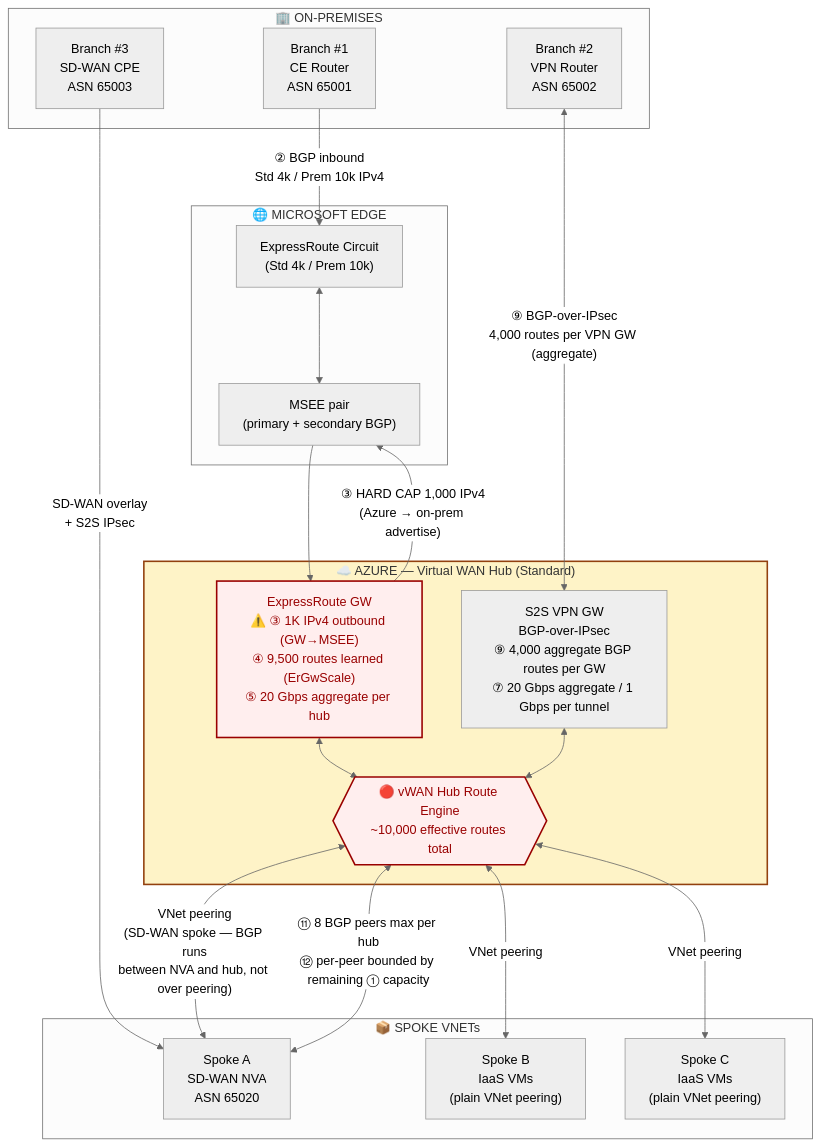
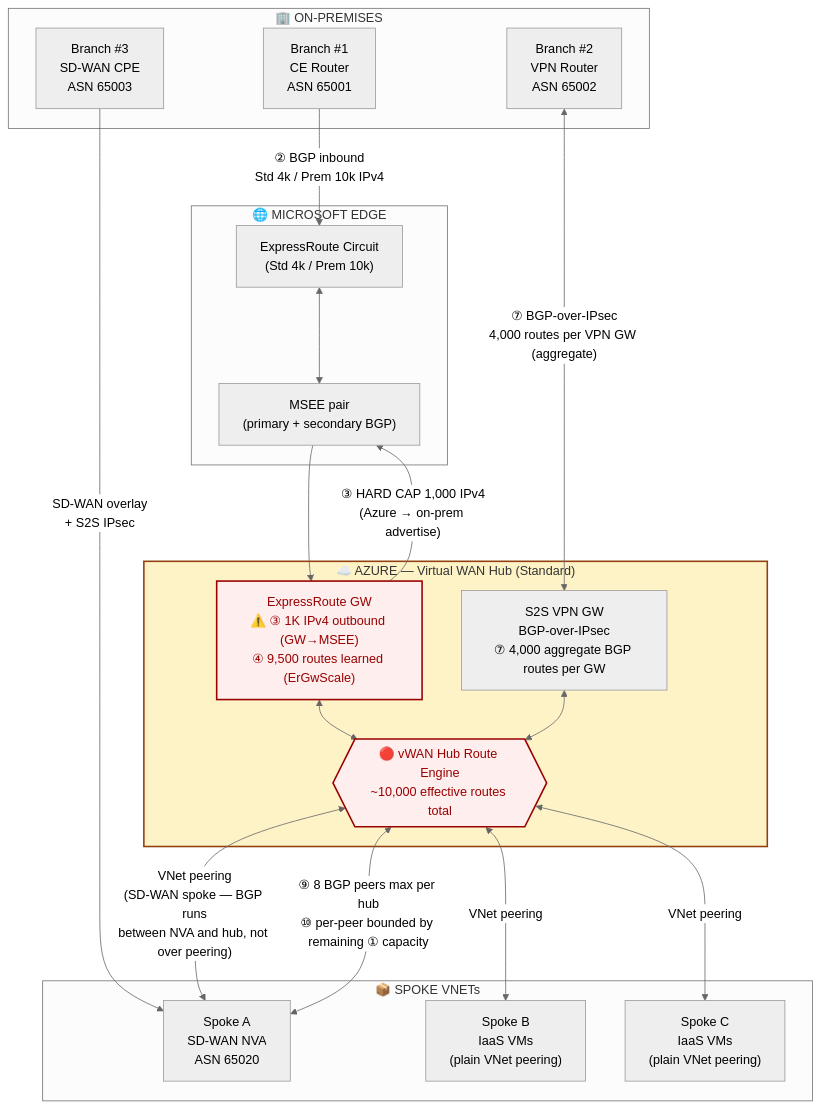
Before and after one commit to adtork/vwan-routing-limits: the first of 3 diagrams in README.md, drawn with Mermaid (neutral theme). The commit also changed other lines of this file, not shown here.

Commit message:
Scope cheat sheet to route limits only: drop throughput (ER GW 20G, VPN GW 20G/1G), 2k VMs/hub, and 50G hub transit; renumber 12 items

````diff
--- a/README.md
+++ b/README.md
@@ -21,46 +21,46 @@
 ```mermaid
 flowchart TB
     subgraph OnPrem["🏢 ON-PREMISES"]
         B1["Branch #1<br/>CE Router<br/>ASN 65001"]
         B2["Branch #2<br/>VPN Router<br/>ASN 65002"]
         B3["Branch #3<br/>SD-WAN CPE<br/>ASN 65003"]
     end
 
     subgraph Edge["🌐 MICROSOFT EDGE"]
         ERC["ExpressRoute Circuit<br/>(Std 4k / Prem 10k)"]
         MSEE["MSEE pair<br/>(primary + secondary BGP)"]
     end
 
     subgraph Hub["☁️ AZURE — Virtual WAN Hub (Standard)"]
-        ERGW["ExpressRoute GW<br/>⚠️ ③ 1K IPv4 outbound (GW→MSEE)<br/>④ 9,500 routes learned (ErGwScale)<br/>⑤ 20 Gbps aggregate per hub"]
-        VPNGW["S2S VPN GW<br/>BGP-over-IPsec<br/>⑨ 4,000 aggregate BGP routes per GW<br/>⑦ 20 Gbps aggregate / 1 Gbps per tunnel"]
+        ERGW["ExpressRoute GW<br/>⚠️ ③ 1K IPv4 outbound (GW→MSEE)<br/>④ 9,500 routes learned (ErGwScale)"]
+        VPNGW["S2S VPN GW<br/>BGP-over-IPsec<br/>⑦ 4,000 aggregate BGP routes per GW"]
         ENGINE{{"🔴 vWAN Hub Route Engine<br/>~10,000 effective routes total"}}
     end
 
     subgraph Spokes["📦 SPOKE VNETs"]
         SA["Spoke A<br/>SD-WAN NVA<br/>ASN 65020"]
         SB["Spoke B<br/>IaaS VMs<br/>(plain VNet peering)"]
         SC["Spoke C<br/>IaaS VMs<br/>(plain VNet peering)"]
     end
 
     B1 -->|"② BGP inbound<br/>Std 4k / Prem 10k IPv4"| ERC
     ERC <--> MSEE
     MSEE --> ERGW
     ERGW -->|"③ HARD CAP 1,000 IPv4<br/>(Azure → on-prem advertise)"| MSEE
     ERGW <--> ENGINE
 
-    B2 <-->|"⑨ BGP-over-IPsec<br/>4,000 routes per VPN GW (aggregate)"| VPNGW
+    B2 <-->|"⑦ BGP-over-IPsec<br/>4,000 routes per VPN GW (aggregate)"| VPNGW
     VPNGW <--> ENGINE
 
     B3 -->|"SD-WAN overlay<br/>+ S2S IPsec"| SA
-    SA <-->|"⑪ 8 BGP peers max per hub<br/>⑫ per-peer bounded by remaining ① capacity"| ENGINE
+    SA <-->|"⑨ 8 BGP peers max per hub<br/>⑩ per-peer bounded by remaining ① capacity"| ENGINE
 
     ENGINE <-->|"VNet peering"| SB
     ENGINE <-->|"VNet peering"| SC
     ENGINE <-->|"VNet peering<br/>(SD-WAN spoke — BGP runs<br/>between NVA and hub, not over peering)"| SA
 
     classDef cap fill:#fee,stroke:#900,stroke-width:2px,color:#900
     classDef hub fill:#fef3c7,stroke:#92400e,stroke-width:2px
     class ENGINE,ERGW cap
     class Hub hub
 ```
````
